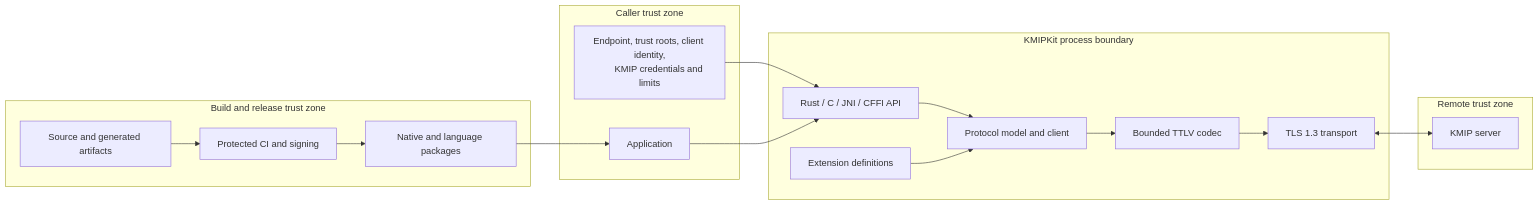
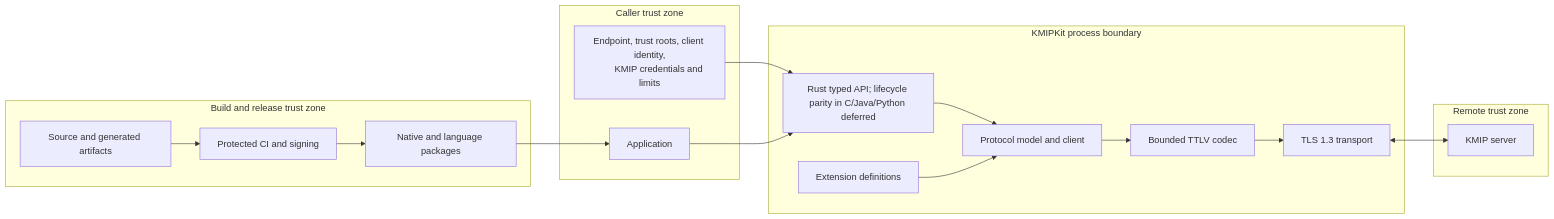
The diagram in docs/security/threat-model.md (NeverWe1come/KMIPKit), drawn with Mermaid before and after one commit. The commit also changed other lines of this file, not shown here.

Commit message:
docs(security): refresh lifecycle threat model

````diff
--- a/docs/security/threat-model.md
+++ b/docs/security/threat-model.md
@@ -34,28 +38,28 @@
 ```mermaid
 flowchart LR
     subgraph Caller[Caller trust zone]
         App[Application]
         Config[Endpoint, trust roots, client identity,
         KMIP credentials and limits]
     end
     subgraph Native[KMIPKit process boundary]
-        Binding[Rust / C / JNI / CFFI API]
+        Binding[Rust typed API; lifecycle parity in C/Java/Python deferred]
         Core[Protocol model and client]
         Parser[Bounded TTLV codec]
         TLS[TLS 1.3 transport]
         Ext[Extension definitions]
     end
     subgraph Remote[Remote trust zone]
         Server[KMIP server]
     end
     subgraph Supply[Build and release trust zone]
         Source[Source and generated artifacts]
         CI[Protected CI and signing]
         Package[Native and language packages]
     end
 
     Config --> Binding
     App --> Binding --> Core --> Parser --> TLS <--> Server
     Ext --> Core
     Source --> CI --> Package --> App
 ```
````
